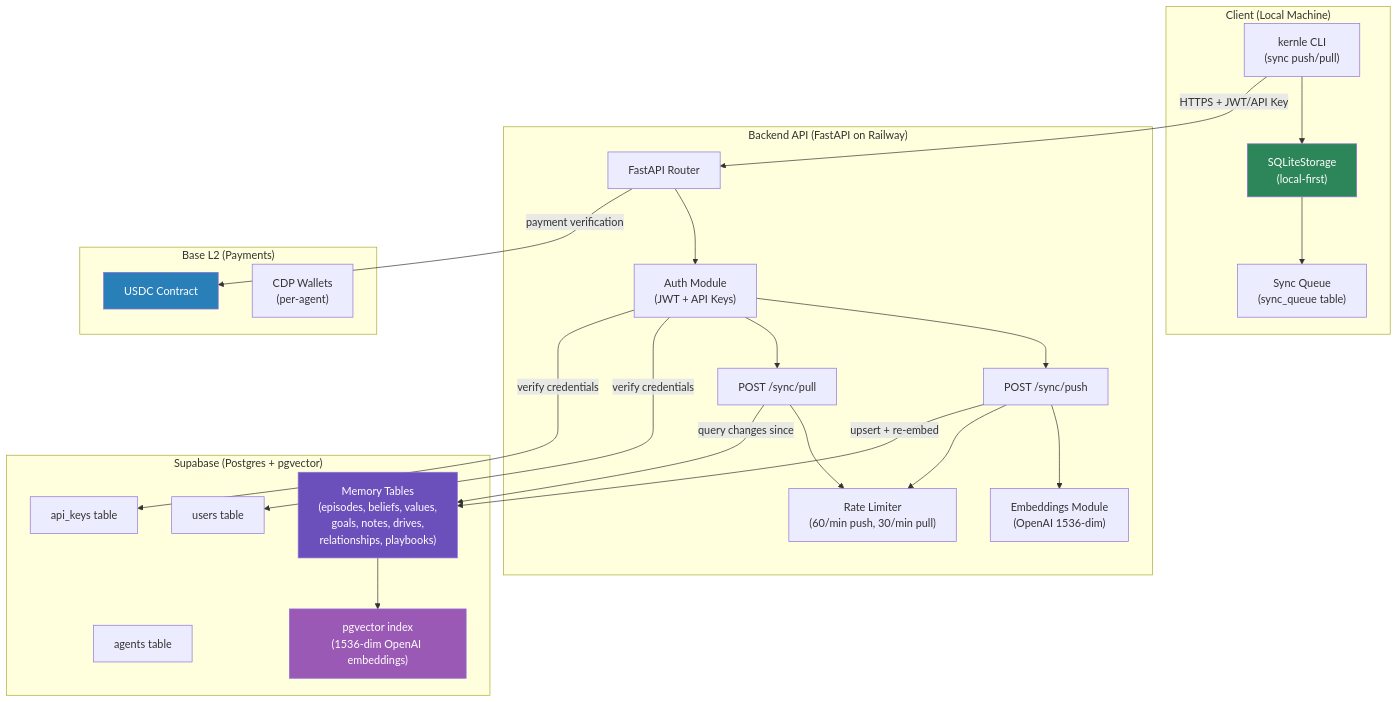
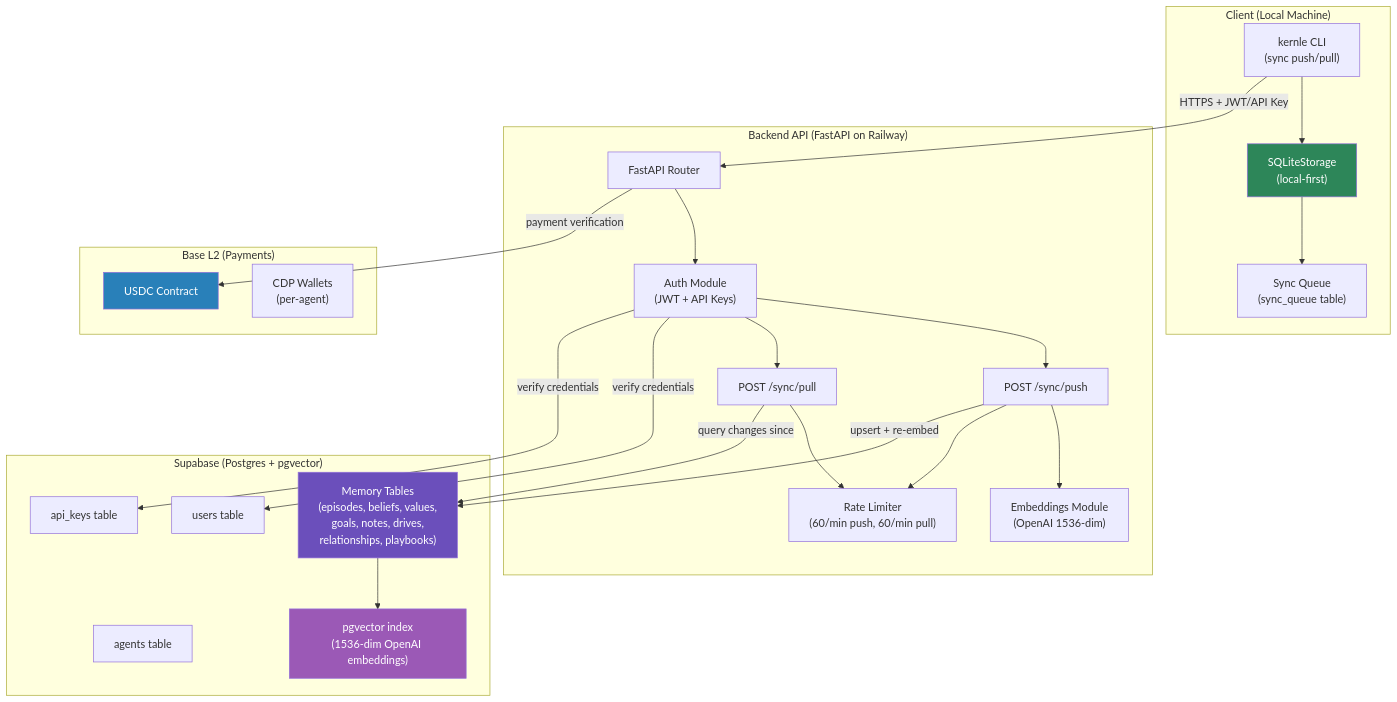
Before and after one commit to Emergent-Instruments/kernle: the sixth of 32 diagrams in docs/ARCHITECTURE_DIAGRAMS.md, drawn with Mermaid. The commit also changed other lines of this file, not shown here.

Commit message:
fix: correct rate limit in docs — pull is 60/min not 30/min (#89)
Codex architecture audit caught the mismatch. Code has 60/min for
both push and pull; docs incorrectly said 30/min for pull.

````diff
--- a/docs/ARCHITECTURE_DIAGRAMS.md
+++ b/docs/ARCHITECTURE_DIAGRAMS.md
@@ -400,52 +400,52 @@
 ```mermaid
 graph TB
     subgraph "Client (Local Machine)"
         KCLI["kernle CLI<br/>(sync push/pull)"]
         SQLITE["SQLiteStorage<br/>(local-first)"]
         SQ["Sync Queue<br/>(sync_queue table)"]
         SQLITE --> SQ
         KCLI --> SQLITE
     end
 
     subgraph "Backend API (FastAPI on Railway)"
         ROUTER["FastAPI Router"]
         AUTH["Auth Module<br/>(JWT + API Keys)"]
         SYNC_PUSH["POST /sync/push"]
         SYNC_PULL["POST /sync/pull"]
         EMBED["Embeddings Module<br/>(OpenAI 1536-dim)"]
-        RL["Rate Limiter<br/>(60/min push, 30/min pull)"]
+        RL["Rate Limiter<br/>(60/min push, 60/min pull)"]
 
         ROUTER --> AUTH
         AUTH --> SYNC_PUSH
         AUTH --> SYNC_PULL
         SYNC_PUSH --> EMBED
         SYNC_PUSH --> RL
         SYNC_PULL --> RL
     end
 
     subgraph "Supabase (Postgres + pgvector)"
         USERS["users table"]
         AGENTS["agents table"]
         API_KEYS["api_keys table"]
         MEM_TABLES["Memory Tables<br/>(episodes, beliefs, values,<br/>goals, notes, drives,<br/>relationships, playbooks)"]
         PGVEC["pgvector index<br/>(1536-dim OpenAI embeddings)"]
         MEM_TABLES --> PGVEC
     end
 
     subgraph "Base L2 (Payments)"
         USDC["USDC Contract"]
         CDP["CDP Wallets<br/>(per-agent)"]
     end
 
     KCLI -->|"HTTPS + JWT/API Key"| ROUTER
     SYNC_PUSH -->|"upsert + re-embed"| MEM_TABLES
     SYNC_PULL -->|"query changes since"| MEM_TABLES
     AUTH -->|"verify credentials"| USERS
     AUTH -->|"verify credentials"| API_KEYS
     ROUTER -->|"payment verification"| USDC
 
     style SQLITE fill:#2d8659,color:#fff
     style MEM_TABLES fill:#6b4fbb,color:#fff
     style PGVEC fill:#9b59b6,color:#fff
     style USDC fill:#2980b9,color:#fff
 ```
````
